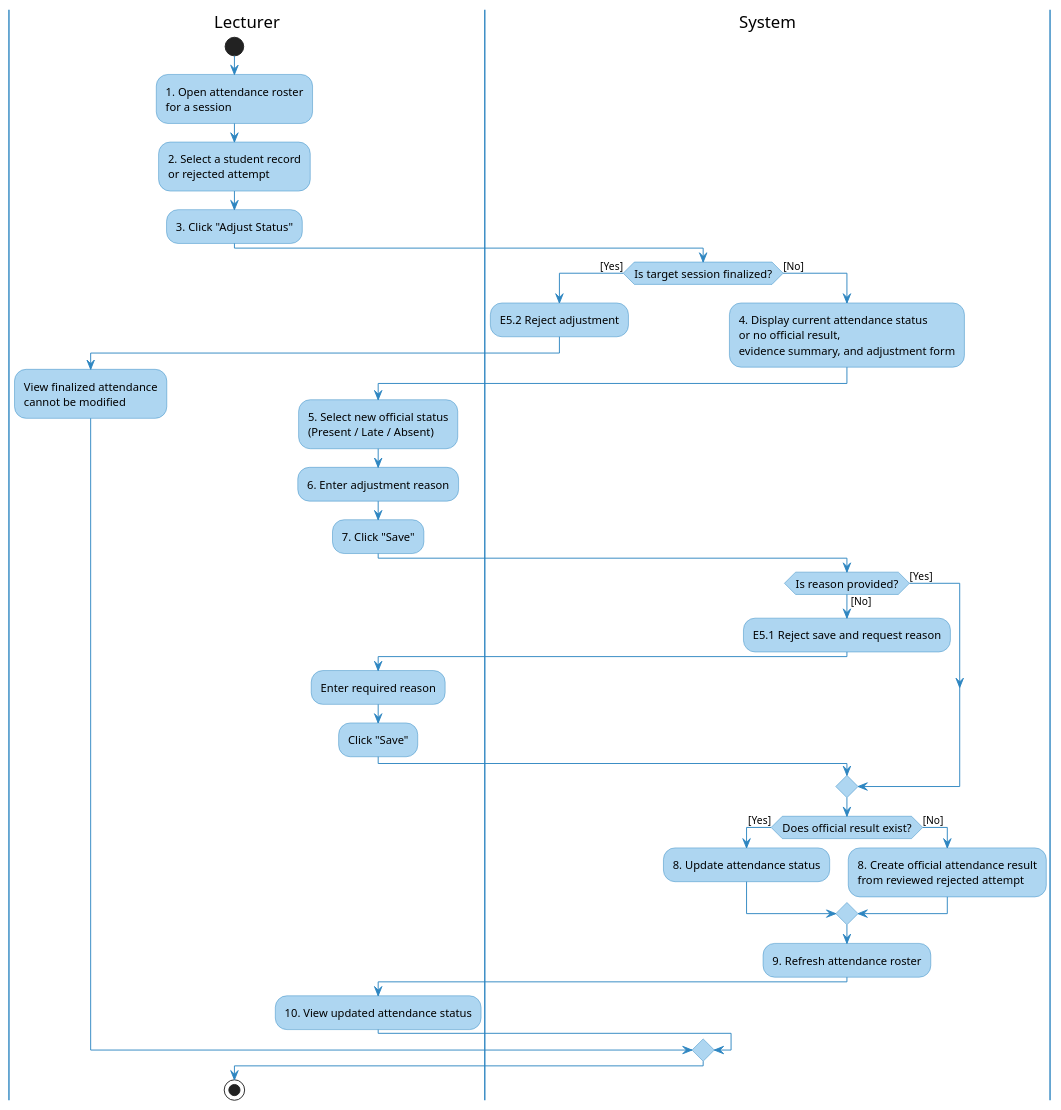
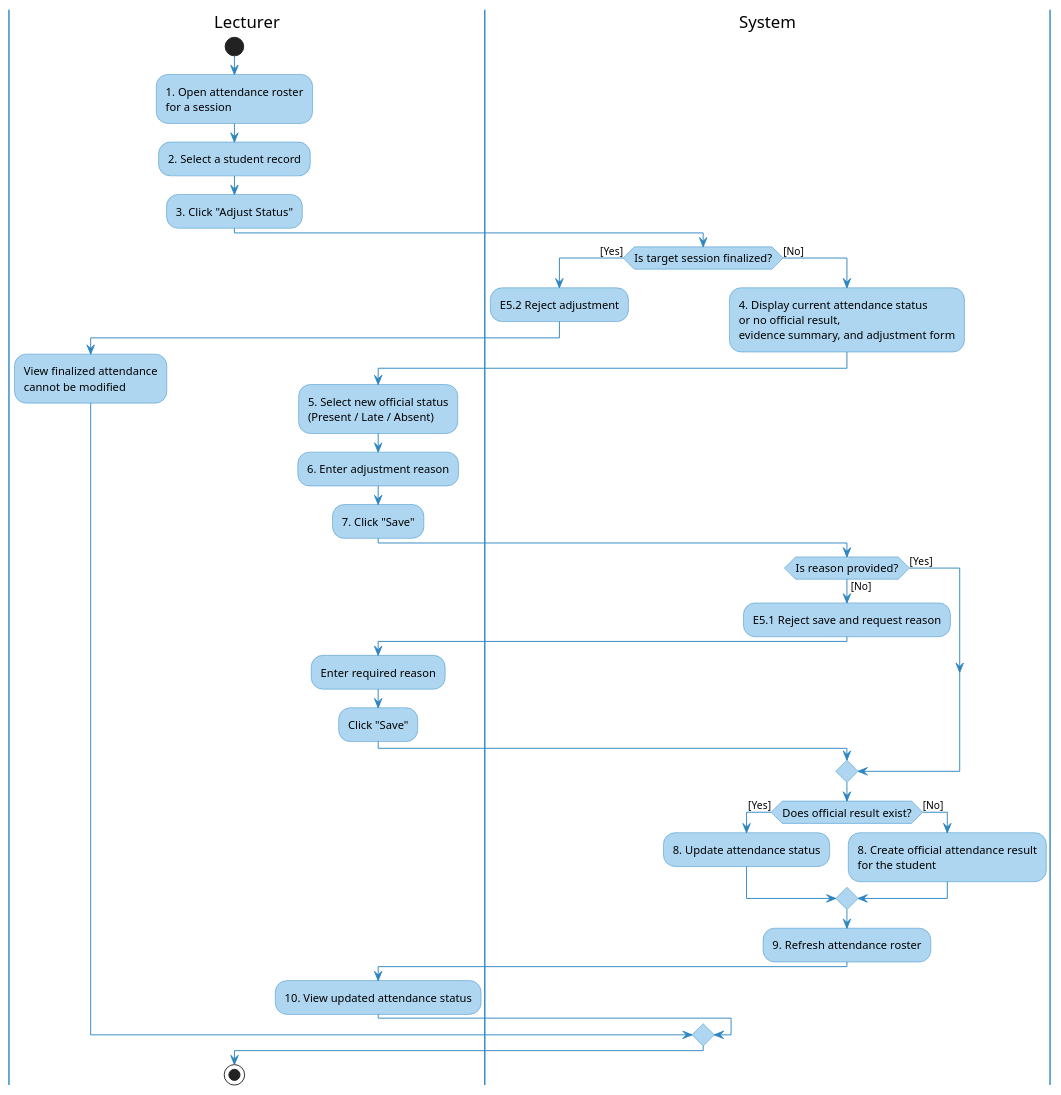
One commit to nttung42/SWD392 changed the sixth of 6 diagrams in docs/rds/1_Requirement.md. Above: the diagram before and after it, drawn with PlantUML. The commit also changed other lines of this file and 4 other files, not shown here.

Commit message:
not force calculate distance and merge checkin attemp with attendance record

````diff
--- a/docs/rds/1_Requirement.md
+++ b/docs/rds/1_Requirement.md
@@ -628,55 +628,55 @@
 ```plantuml
 @startuml UC07_Activity_Swimlane
 skinparam ActivityBackgroundColor #AED6F1
 skinparam ActivityBorderColor #2E86C1
 skinparam ActivityDiamondBackgroundColor #AED6F1
 skinparam ActivityDiamondBorderColor #2E86C1
 skinparam ArrowColor #2E86C1
 skinparam ActivityFontSize 12
 skinparam swimlaneBorderColor #2E86C1
 skinparam swimlaneHeaderFontStyle bold
 
 |Lecturer|
 start
 :1. Open attendance roster\nfor a session;
-:2. Select a student record\nor rejected attempt;
+:2. Select a student record;
 :3. Click "Adjust Status";
 
 |System|
 if (Is target session finalized?) then ([Yes])
   :E5.2 Reject adjustment;
   |Lecturer|
   :View finalized attendance\ncannot be modified;
 else ([No])
   |System|
   :4. Display current attendance status\nor no official result,\nevidence summary, and adjustment form;
 
   |Lecturer|
   :5. Select new official status\n(Present / Late / Absent);
   :6. Enter adjustment reason;
   :7. Click "Save";
 
   |System|
   if (Is reason provided?) then ([No])
     :E5.1 Reject save and request reason;
     |Lecturer|
     :Enter required reason;
     :Click "Save";
   else ([Yes])
   endif
 
   |System|
   if (Does official result exist?) then ([Yes])
     :8. Update attendance status;
   else ([No])
-    :8. Create official attendance result\nfrom reviewed rejected attempt;
+    :8. Create official attendance result\nfor the student;
   endif
   :9. Refresh attendance roster;
 
   |Lecturer|
   :10. View updated attendance status;
 endif
 
 stop
 @enduml
 ```
````
